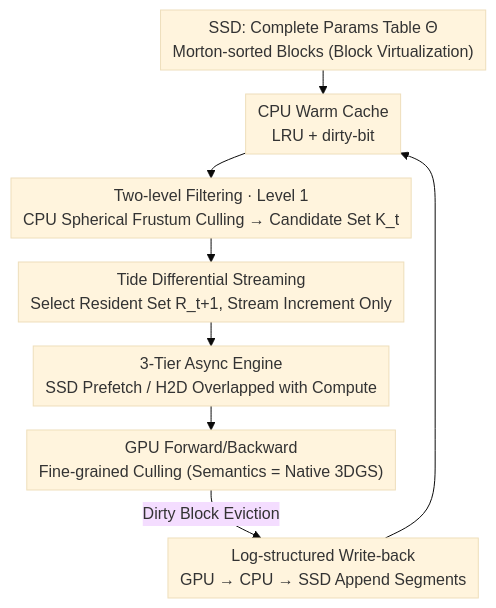
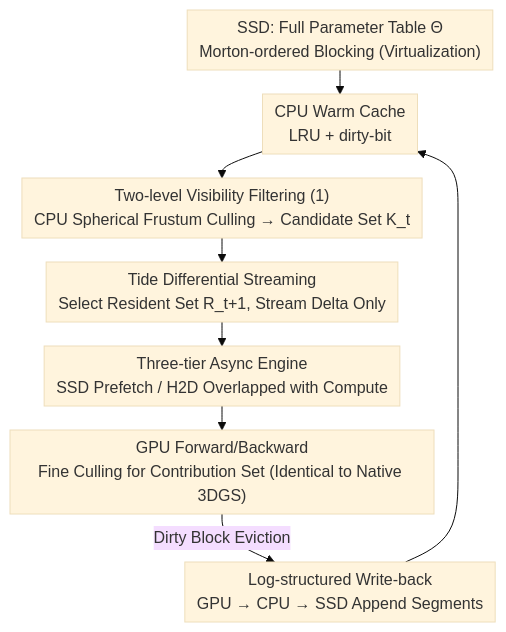
The diagram in docs/ICML2026/3d_vision/tidegs_scalable_training_of_over_one_billion_3d_gaussian_splatting_primitives_vi.md (zhaoyang97/Paper-Notes-en), drawn with Mermaid (base theme) before and after one commit. The commit also changed other lines of this file and 5084 other files, not shown here.

````diff
--- a/docs/ICML2026/3d_vision/tidegs_scalable_training_of_over_one_billion_3d_gaussian_splatting_primitives_vi.md
+++ b/docs/ICML2026/3d_vision/tidegs_scalable_training_of_over_one_billion_3d_gaussian_splatting_primitives_vi.md
@@ -46,11 +46,11 @@
 ```mermaid
 %%{init: {'flowchart': {'rankSpacing': 24, 'nodeSpacing': 28, 'padding': 6, 'wrappingWidth': 400}}}%%
 flowchart TD
-    SSD["SSD: Complete Params Table Θ<br/>Morton-sorted Blocks (Block Virtualization)"] --> CPU["CPU Warm Cache<br/>LRU + dirty-bit"]
-    CPU --> CULL["Two-level Filtering · Level 1<br/>CPU Spherical Frustum Culling → Candidate Set K_t"]
-    CULL --> TIDE["Tide Differential Streaming<br/>Select Resident Set R_t+1, Stream Increment Only"]
-    TIDE --> PIPE["3-Tier Async Engine<br/>SSD Prefetch / H2D Overlapped with Compute"]
-    PIPE --> GPU["GPU Forward/Backward<br/>Fine-grained Culling (Semantics = Native 3DGS)"]
+    SSD["SSD: Full Parameter Table Θ<br/>Morton-ordered Blocking (Virtualization)"] --> CPU["CPU Warm Cache<br/>LRU + dirty-bit"]
+    CPU --> CULL["Two-level Visibility Filtering (1)<br/>CPU Spherical Frustum Culling → Candidate Set K_t"]
+    CULL --> TIDE["Tide Differential Streaming<br/>Select Resident Set R_t+1, Stream Delta Only"]
+    TIDE --> PIPE["Three-tier Async Engine<br/>SSD Prefetch / H2D Overlapped with Compute"]
+    PIPE --> GPU["GPU Forward/Backward<br/>Fine Culling for Contribution Set (Identical to Native 3DGS)"]
     GPU -->|Dirty Block Eviction| WB["Log-structured Write-back<br/>GPU → CPU → SSD Append Segments"]
     WB --> CPU
 ```
````
